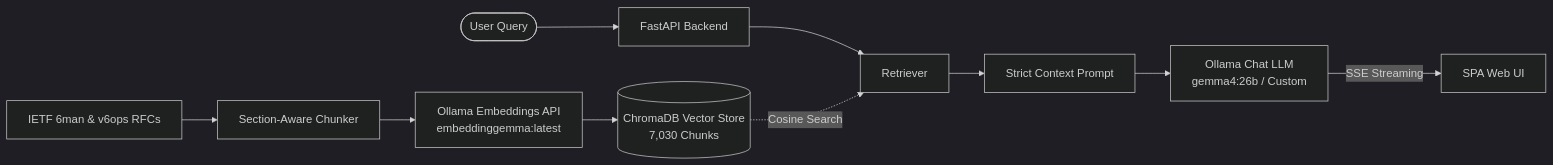
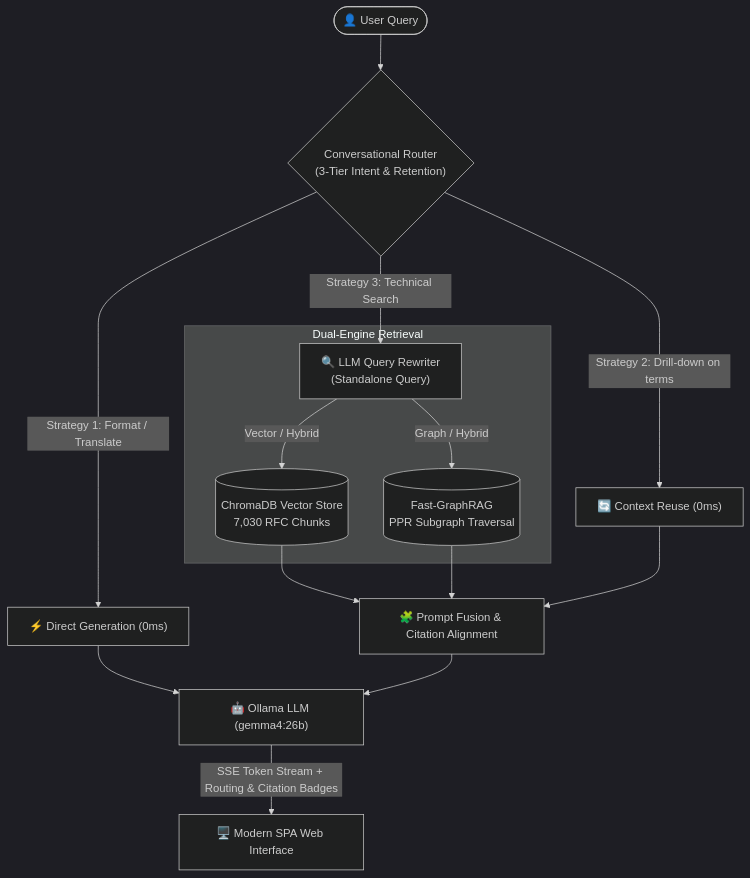
The diagram in README.md (dbshadow/RAG-IPv6), drawn with Mermaid (dark theme) before and after one commit. The commit also changed other lines of this file and 19 other files, not shown here.

Commit message:
feat: implement multi-turn conversational memory and 3-tier smart retrieval router

````diff
--- a/README.md
+++ b/README.md
@@ -27,13 +31,21 @@
 ```mermaid
-flowchart LR
-    A[IETF 6man & v6ops RFCs] --> B[Section-Aware Chunker]
-    B --> C[Ollama Embeddings API<br/>embeddinggemma:latest]
-    C --> D[(ChromaDB Vector Store<br/>7,030 Chunks)]
-    
-    User([User Query]) --> E[FastAPI Backend]
-    E --> F[Retriever]
-    D -. Cosine Search .-> F
-    F --> G[Strict Context Prompt]
-    G --> H[Ollama Chat LLM<br/>gemma4:26b / Custom]
-    H -- SSE Streaming --> I[SPA Web UI]
+flowchart TD
+    UserQuery(["👤 User Query"]) --> Router{"Conversational Router<br/>(3-Tier Intent & Retention)"}
+
+    Router -->|Strategy 1: Format / Translate| NoSearch["⚡ Direct Generation (0ms)"]
+    Router -->|Strategy 2: Drill-down on terms| ReuseSearch["🔄 Context Reuse (0ms)"]
+    Router -->|Strategy 3: Technical Search| Rewriter["🔍 LLM Query Rewriter<br/>(Standalone Query)"]
+
+    subgraph RetrievalEngines ["Dual-Engine Retrieval"]
+        Rewriter -->|Vector / Hybrid| Chroma[("ChromaDB Vector Store<br/>7,030 RFC Chunks")]
+        Rewriter -->|Graph / Hybrid| GraphEngine[("Fast-GraphRAG<br/>PPR Subgraph Traversal")]
+    end
+
+    Chroma --> Fusion["🧩 Prompt Fusion & Citation Alignment"]
+    GraphEngine --> Fusion
+    ReuseSearch --> Fusion
+    NoSearch --> LLM["🤖 Ollama LLM (gemma4:26b)"]
+    Fusion --> LLM
+
+    LLM -- SSE Token Stream + Routing & Citation Badges --> UI["🖥️ Modern SPA Web Interface"]
 ```
````
